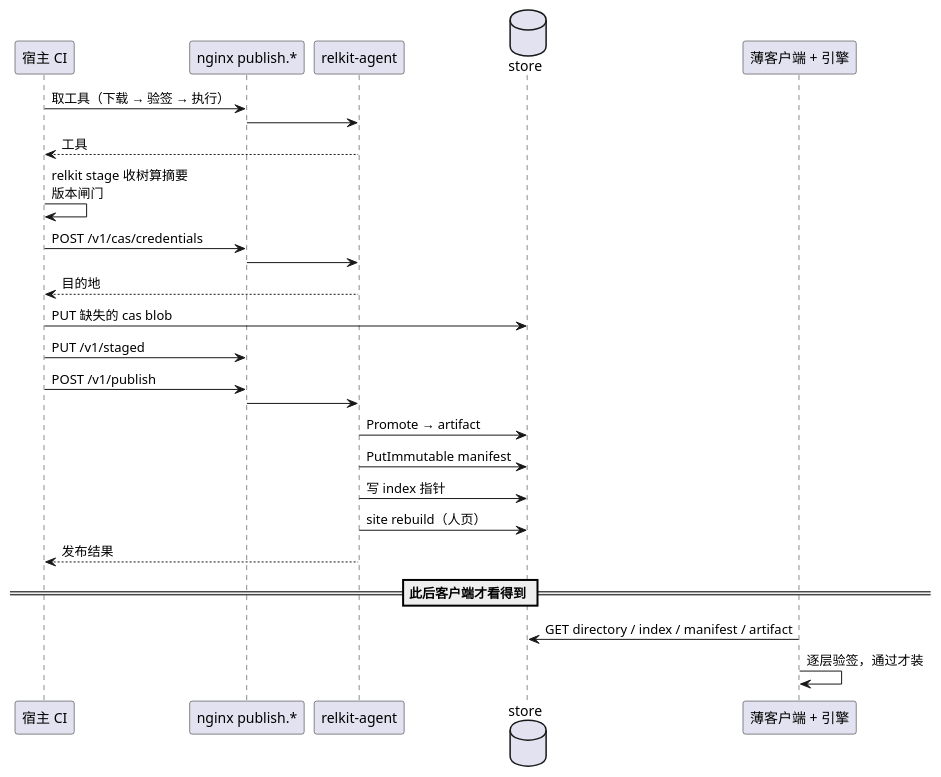
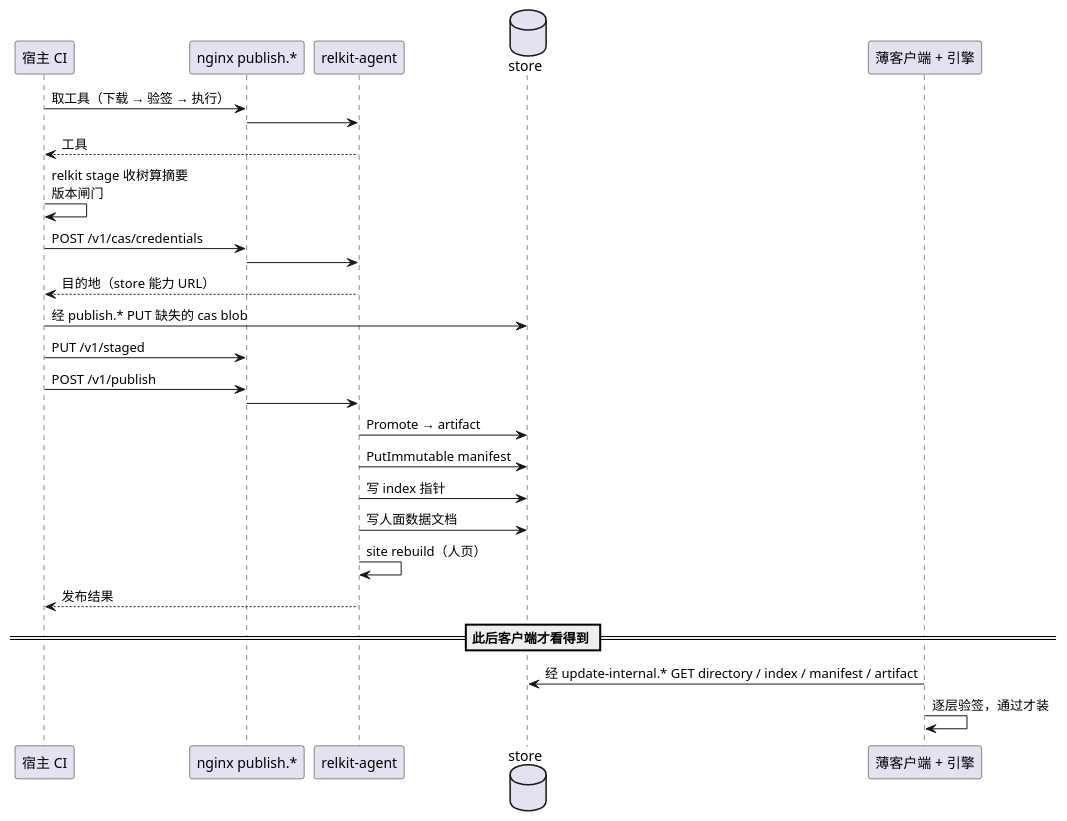
Before and after one commit to shichao402/relkit: the fifth of 5 diagrams in docs/design/topology.md, drawn with PlantUML. The commit also changed other lines of this file and 12 other files, not shown here.

````diff
--- a/docs/design/topology.md
+++ b/docs/design/topology.md
@@ -174,31 +234,32 @@
 ```plantuml
 @startuml
 skinparam shadowing false
 
 participant "宿主 CI" as ci
 participant "nginx publish.*" as ngx
 participant "relkit-agent" as agent
 database "store" as store
 participant "薄客户端 + 引擎" as client
 
 ci -> ngx : 取工具（下载 → 验签 → 执行）
 ngx -> agent
 agent --> ci : 工具
 ci -> ci : relkit stage 收树算摘要\n版本闸门
 ci -> ngx : POST /v1/cas/credentials
 ngx -> agent
-agent --> ci : 目的地
-ci -> store : PUT 缺失的 cas blob
+agent --> ci : 目的地（store 能力 URL）
+ci -> store : 经 publish.* PUT 缺失的 cas blob
 ci -> ngx : PUT /v1/staged
 ci -> ngx : POST /v1/publish
 ngx -> agent
 agent -> store : Promote → artifact
 agent -> store : PutImmutable manifest
 agent -> store : 写 index 指针
-agent -> store : site rebuild（人页）
+agent -> store : 写人面数据文档
+agent -> agent : site rebuild（人页）
 agent --> ci : 发布结果
 == 此后客户端才看得到 ==
-client -> store : GET directory / index / manifest / artifact
+client -> store : 经 update-internal.* GET directory / index / manifest / artifact
 client -> client : 逐层验签，通过才装
 @enduml
 ```
````
